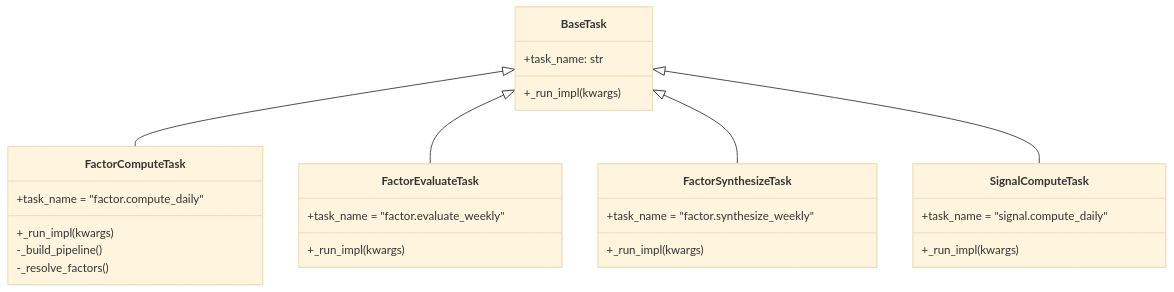
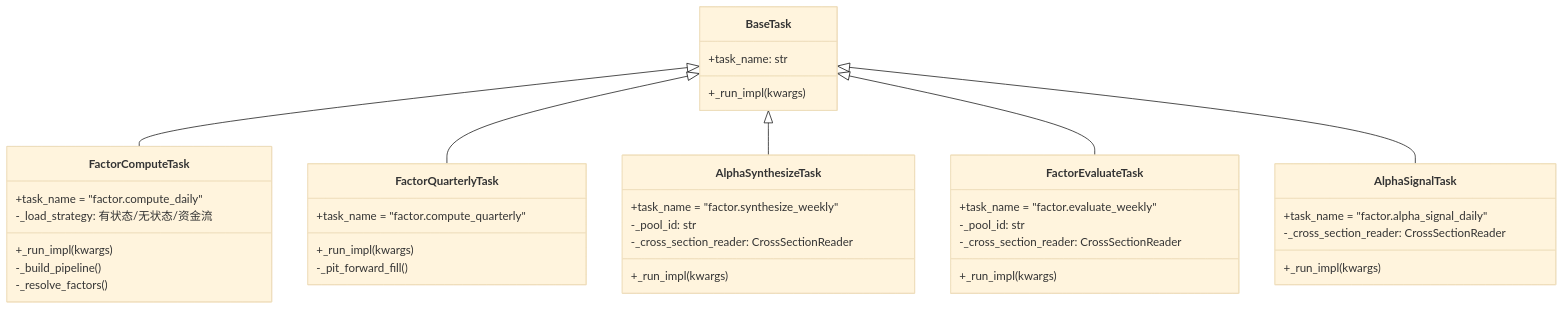
Before and after one commit to bitiany/xq-trader: diagram 11 of 31 in docs/factor-architecture.md, drawn with Mermaid (base theme). The commit also changed other lines of this file and 35 other files, not shown here.

````diff
--- a/docs/factor-architecture.md
+++ b/docs/factor-architecture.md
@@ -284,34 +545,47 @@
 ```mermaid
 classDiagram
     class BaseTask {
         +task_name: str
         +_run_impl(kwargs)
     }
 
     class FactorComputeTask {
         +task_name = "factor.compute_daily"
         +_run_impl(kwargs)
         -_build_pipeline()
         -_resolve_factors()
+        -_load_strategy: 有状态/无状态/资金流
+    }
+
+    class FactorQuarterlyTask {
+        +task_name = "factor.compute_quarterly"
+        +_run_impl(kwargs)
+        -_pit_forward_fill()
+    }
+
+    class AlphaSynthesizeTask {
+        +task_name = "factor.synthesize_weekly"
+        +_run_impl(kwargs)
+        -_pool_id: str
+        -_cross_section_reader: CrossSectionReader
     }
 
     class FactorEvaluateTask {
         +task_name = "factor.evaluate_weekly"
         +_run_impl(kwargs)
+        -_pool_id: str
+        -_cross_section_reader: CrossSectionReader
     }
 
-    class FactorSynthesizeTask {
-        +task_name = "factor.synthesize_weekly"
+    class AlphaSignalTask {
+        +task_name = "factor.alpha_signal_daily"
         +_run_impl(kwargs)
-    }
-
-    class SignalComputeTask {
-        +task_name = "signal.compute_daily"
-        +_run_impl(kwargs)
+        -_cross_section_reader: CrossSectionReader
     }
 
     BaseTask <|-- FactorComputeTask
+    BaseTask <|-- FactorQuarterlyTask
+    BaseTask <|-- AlphaSynthesizeTask
     BaseTask <|-- FactorEvaluateTask
-    BaseTask <|-- FactorSynthesizeTask
-    BaseTask <|-- SignalComputeTask
+    BaseTask <|-- AlphaSignalTask
 ```
````
